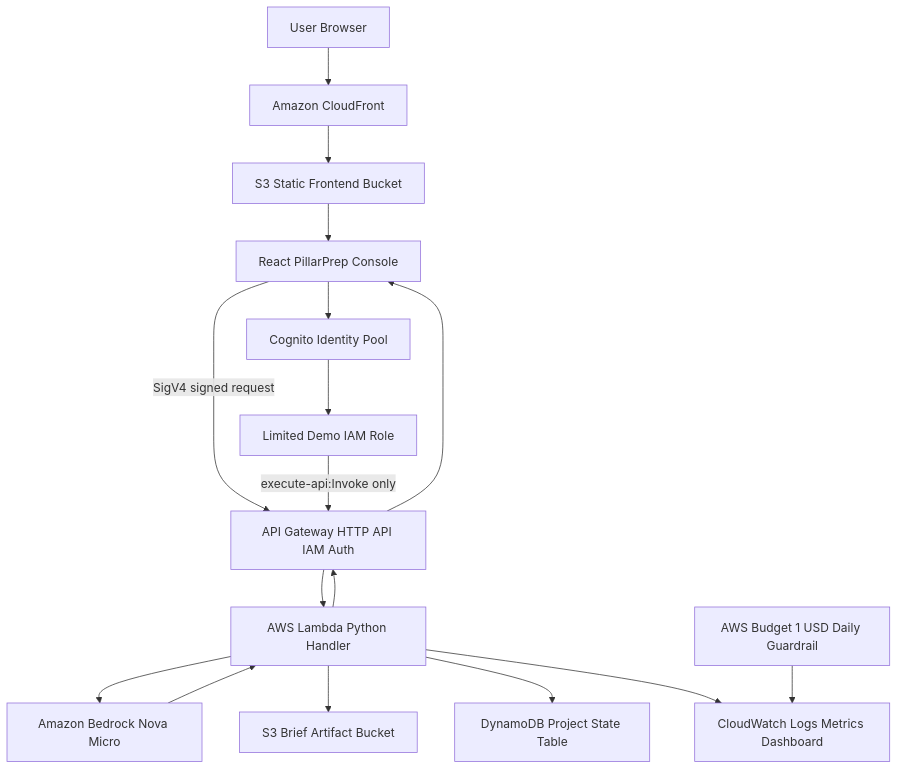
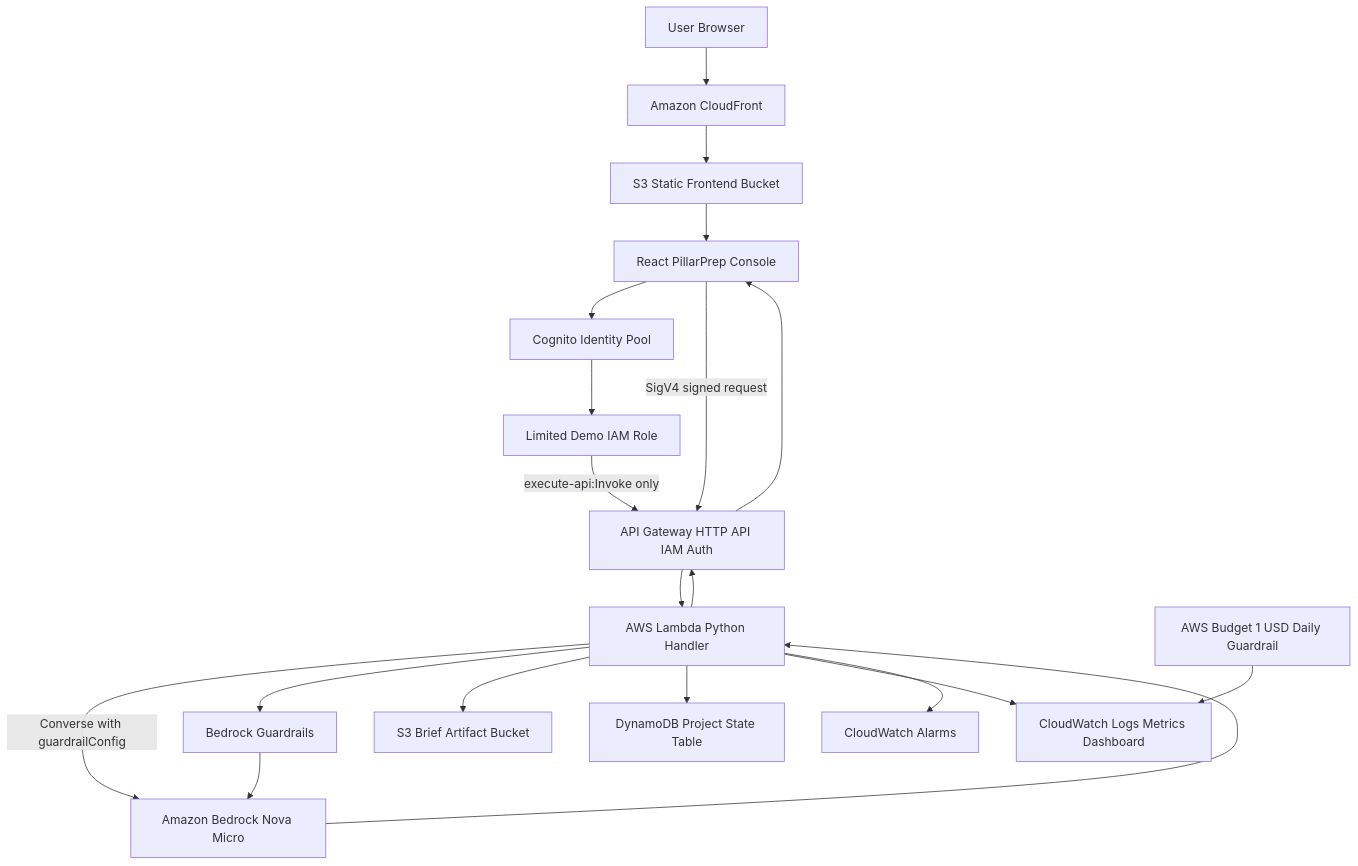
One commit to aadams35/Pilarprep changed the diagram in docs/aws-infrastructure-design.md. Above: the diagram before and after it, drawn with Mermaid. The commit also changed other lines of this file and 8 other files, not shown here.

Commit message:
Add Bedrock guardrails and demo ops

````diff
--- a/docs/aws-infrastructure-design.md
+++ b/docs/aws-infrastructure-design.md
@@ -7,19 +7,23 @@
 ```mermaid
 flowchart TD
   USER[User Browser] --> CF[Amazon CloudFront]
   CF --> S3FRONT[S3 Static Frontend Bucket]
   S3FRONT --> UI[React PillarPrep Console]
   UI --> COGNITO[Cognito Identity Pool]
   COGNITO --> DEMOROLE[Limited Demo IAM Role]
   UI -->|SigV4 signed request| API[API Gateway HTTP API IAM Auth]
   DEMOROLE -->|execute-api:Invoke only| API
   API --> LAMBDA[AWS Lambda Python Handler]
-  LAMBDA --> BEDROCK[Amazon Bedrock Nova Micro]
+  LAMBDA -->|Converse with guardrailConfig| BEDROCK[Amazon Bedrock Nova Micro]
+  LAMBDA --> SAFETY[Bedrock Guardrails]
+  SAFETY --> BEDROCK
   BEDROCK --> LAMBDA
   LAMBDA --> ARTIFACTS[S3 Brief Artifact Bucket]
   LAMBDA --> STATE[DynamoDB Project State Table]
   LAMBDA --> API
   API --> UI
   LAMBDA --> DASH[CloudWatch Logs Metrics Dashboard]
+  ALARMS[CloudWatch Alarms]
+  LAMBDA --> ALARMS
   BUDGET[AWS Budget 1 USD Daily Guardrail] --> DASH
 ```
````
